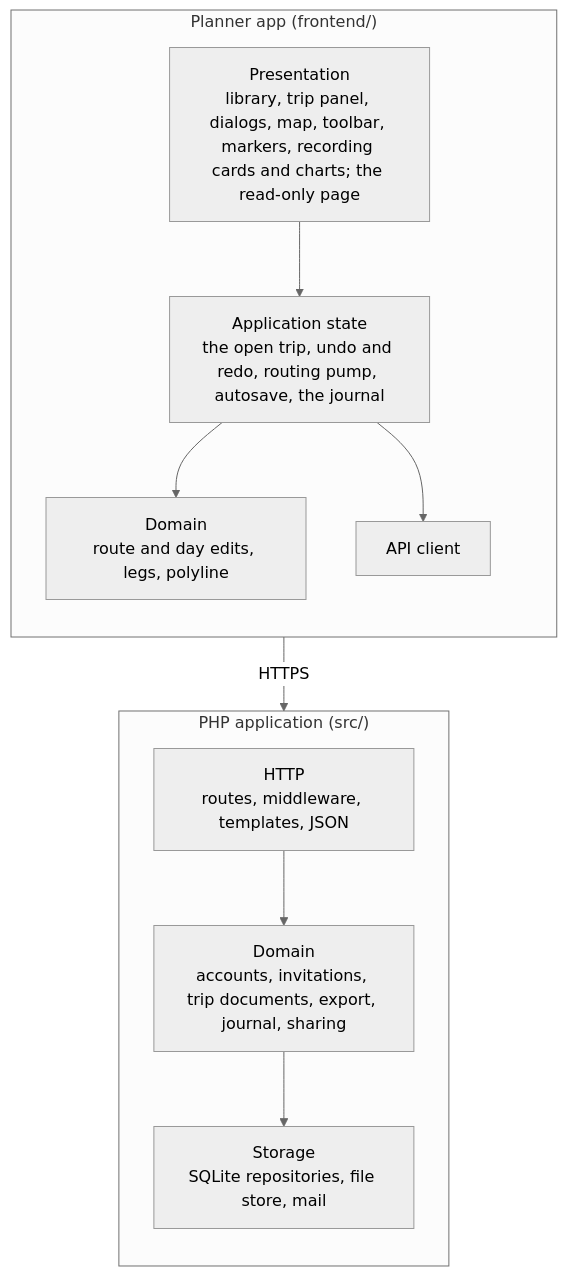
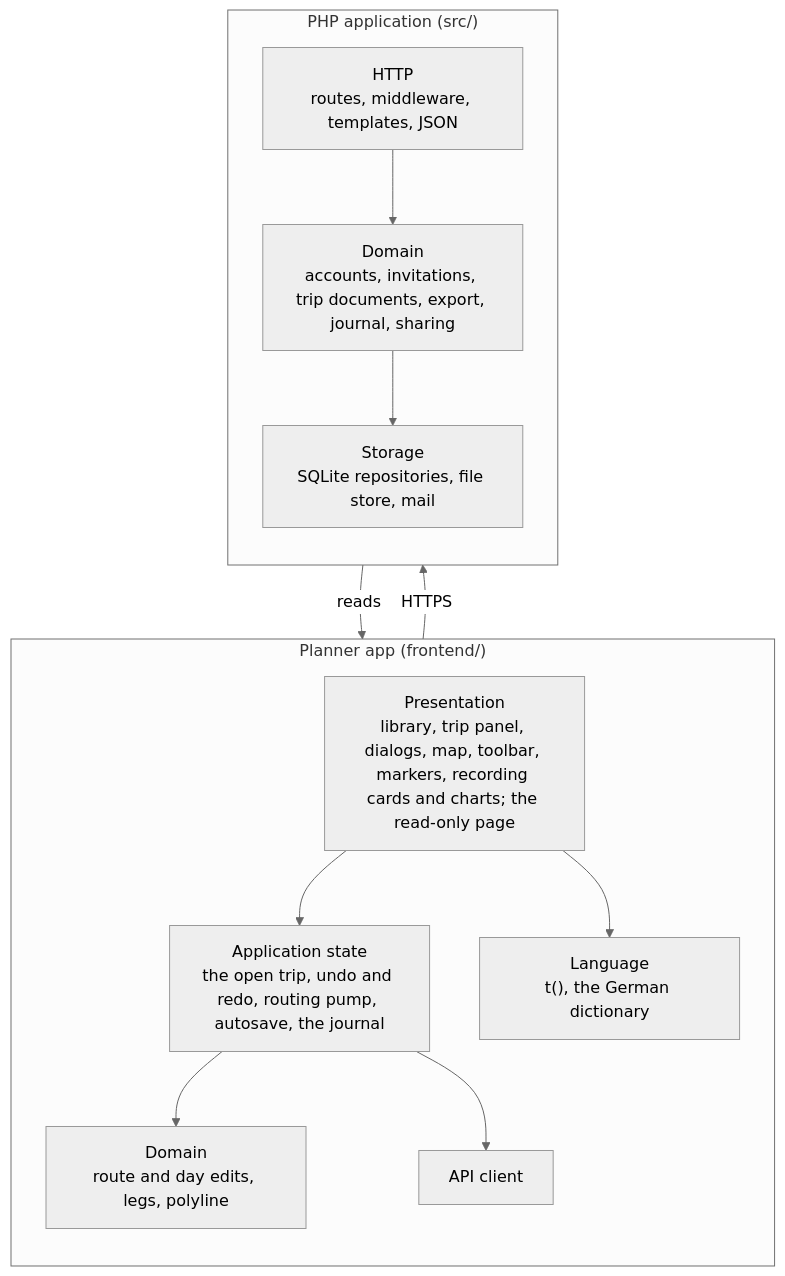
Before and after one commit to c0dev0id/TripPlanner: the second of 3 diagrams in .github/architecture.md, drawn with Mermaid (neutral theme). The commit also changed other lines of this file and 4 other files, not shown here.

````diff
--- a/.github/architecture.md
+++ b/.github/architecture.md
@@ -42,20 +42,23 @@
 ```mermaid
 flowchart TB
   subgraph frontend["Planner app (frontend/)"]
     direction TB
     ui["Presentation<br/>library, trip panel, dialogs, map, toolbar, markers, recording cards and charts; the read-only page"]
     state["Application state<br/>the open trip, undo and redo, routing pump, autosave, the journal"]
     fdomain["Domain<br/>route and day edits, legs, polyline"]
     client["API client"]
+    dict["Language<br/>t(), the German dictionary"]
     ui --> state --> fdomain
     state --> client
+    ui --> dict
   end
   subgraph backend["PHP application (src/)"]
     direction TB
     http["HTTP<br/>routes, middleware, templates, JSON"]
     domain["Domain<br/>accounts, invitations, trip documents, export, journal, sharing"]
     storage["Storage<br/>SQLite repositories, file store, mail"]
     http --> domain --> storage
   end
   client -->|HTTPS| http
+  http -->|reads| dict
 ```
````
